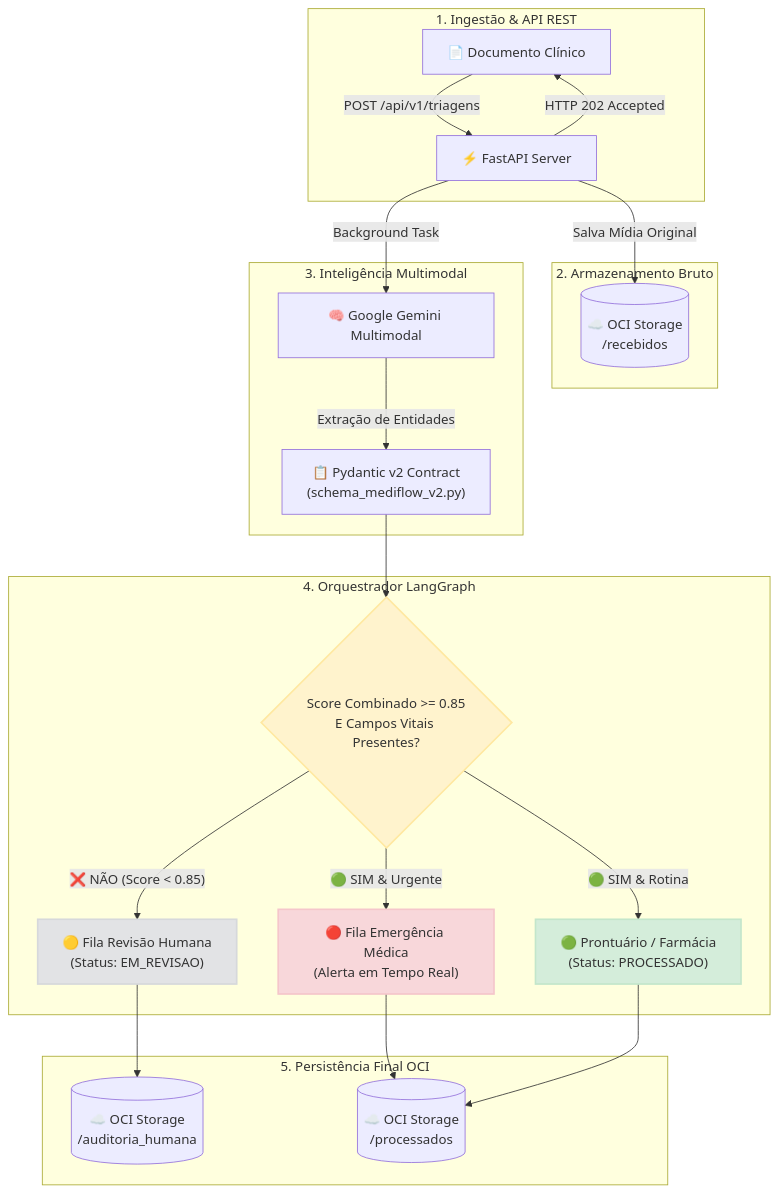
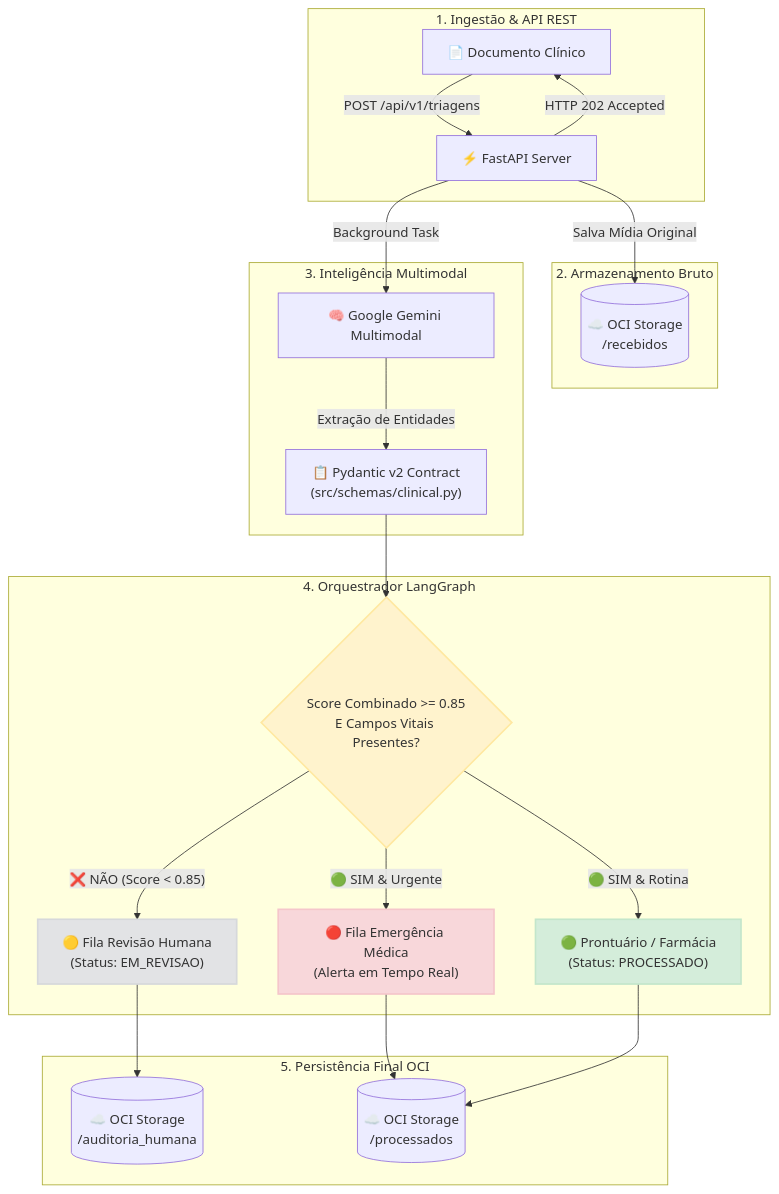
Before and after one commit to No-Country-simulation/g10-brasil-equipe-15_mediflow: the diagram in README.md, drawn with Mermaid. The commit also changed 7 other files, not shown here.

````diff
--- a/README.md
+++ b/README.md
@@ -66,35 +66,35 @@
 ```mermaid
 flowchart TD
     subgraph INGESTION["1. Ingestão & API REST"]
         A["📄 Documento Clínico"] -->|POST /api/v1/triagens| B["⚡ FastAPI Server"]
         B -->|HTTP 202 Accepted| A
     end
 
     subgraph OCI_IN["2. Armazenamento Bruto"]
         B -->|Salva Mídia Original| C[("☁️ OCI Storage<br/>/recebidos")]
     end
 
     subgraph AI_ENGINE["3. Inteligência Multimodal"]
         B -->|Background Task| D["🧠 Google Gemini Multimodal"]
-        D -->|Extração de Entidades| E["📋 Pydantic v2 Contract<br/>(schema_mediflow_v2.py)"]
+        D -->|Extração de Entidades| E["📋 Pydantic v2 Contract<br/>(src/schemas/clinical.py)"]
     end
 
     subgraph ROUTING["4. Orquestrador LangGraph"]
         E --> F{"Score Combinado >= 0.85<br/>E Campos Vitais Presentes?"}
         
         F -- ❌ NÃO (Score < 0.85) --> G1["🟡 Fila Revisão Humana<br/>(Status: EM_REVISAO)"]
         F -- 🟢 SIM & Urgente --> G2["🔴 Fila Emergência Médica<br/>(Alerta em Tempo Real)"]
         F -- 🟢 SIM & Rotina --> G3["🟢 Prontuário / Farmácia<br/>(Status: PROCESSADO)"]
     end
 
     subgraph OCI_OUT["5. Persistência Final OCI"]
         G1 --> H1[("☁️ OCI Storage<br/>/auditoria_humana")]
         G2 --> H2[("☁️ OCI Storage<br/>/processados")]
         G3 --> H2
     end
 
     style F fill:#FFF3CD,stroke:#FFE8A1,stroke-width:2px
     style G2 fill:#F8D7DA,stroke:#F5C6CB,stroke-width:2px
     style G1 fill:#E2E3E5,stroke:#D6D8DB,stroke-width:2px
     style G3 fill:#D4EDDA,stroke:#C3E6CB,stroke-width:2px
 ```
````
